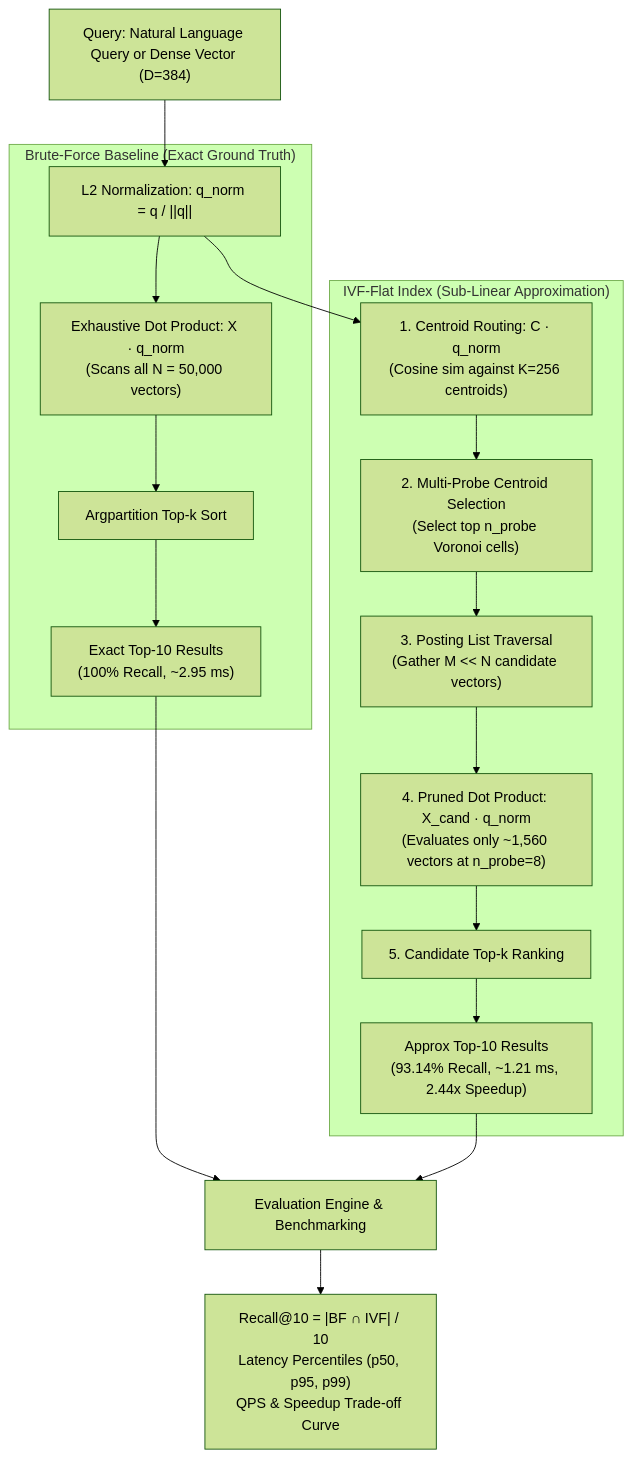
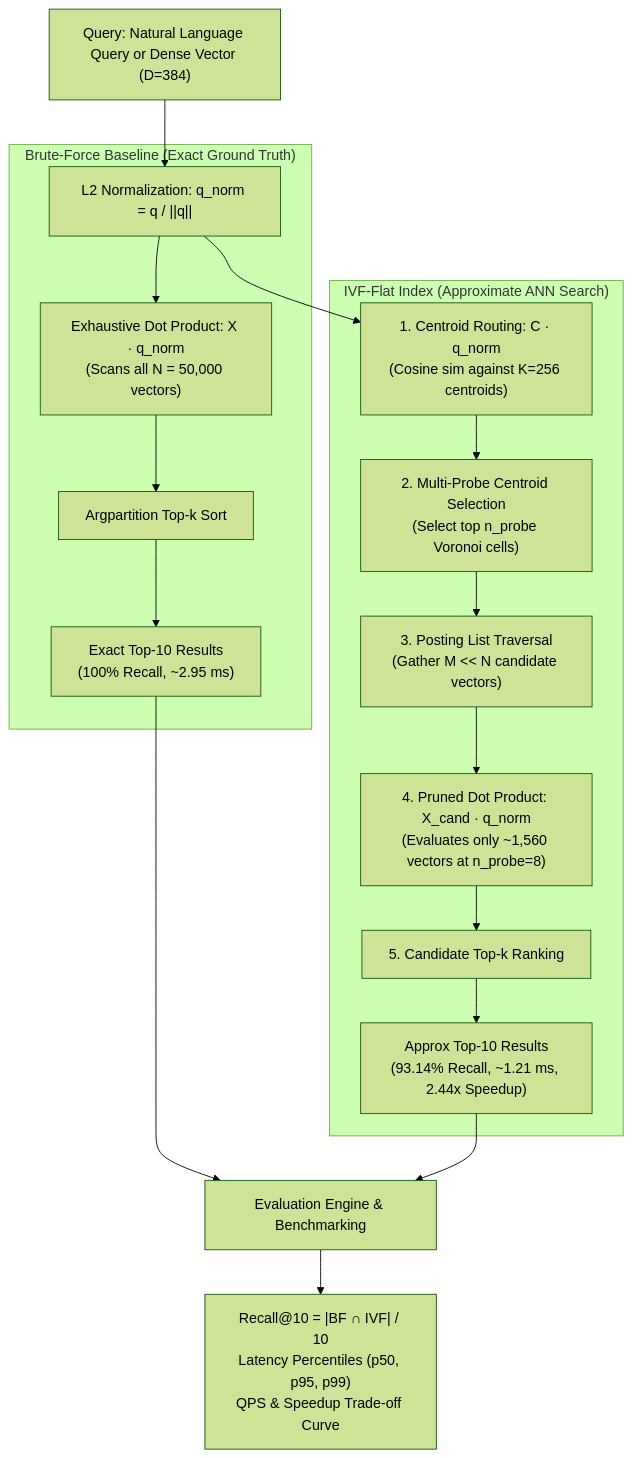
One commit to aastha-jain76/VectorDB changed the diagram in README.md. Above: the diagram before and after it, drawn with Mermaid (forest theme). The commit also changed other lines of this file and 1 other file, not shown here.

````diff
--- a/README.md
+++ b/README.md
@@ -36,23 +36,23 @@
 ```mermaid
 flowchart TD
     Q["Query: Natural Language Query or Dense Vector (D=384)"] --> N["L2 Normalization: q_norm = q / ||q||"]
     
     subgraph BF["Brute-Force Baseline (Exact Ground Truth)"]
         N --> BF_MATMUL["Exhaustive Dot Product: X · q_norm<br/>(Scans all N = 50,000 vectors)"]
         BF_MATMUL --> BF_SORT["Argpartition Top-k Sort"]
         BF_SORT --> BF_RES["Exact Top-10 Results<br/>(100% Recall, ~2.95 ms)"]
     end
     
-    subgraph IVF["IVF-Flat Index (Sub-Linear Approximation)"]
+    subgraph IVF["IVF-Flat Index (Approximate ANN Search)"]
         N --> IVF_ROUTING["1. Centroid Routing: C · q_norm<br/>(Cosine sim against K=256 centroids)"]
         IVF_ROUTING --> IVF_PROBE["2. Multi-Probe Centroid Selection<br/>(Select top n_probe Voronoi cells)"]
         IVF_PROBE --> IVF_POSTING["3. Posting List Traversal<br/>(Gather M << N candidate vectors)"]
         IVF_POSTING --> IVF_PRUNED["4. Pruned Dot Product: X_cand · q_norm<br/>(Evaluates only ~1,560 vectors at n_probe=8)"]
         IVF_PRUNED --> IVF_SORT["5. Candidate Top-k Ranking"]
         IVF_SORT --> IVF_RES["Approx Top-10 Results<br/>(93.14% Recall, ~1.21 ms, 2.44x Speedup)"]
     end
     
     BF_RES --> EVAL["Evaluation Engine & Benchmarking"]
     IVF_RES --> EVAL
     EVAL --> METRICS["Recall@10 = |BF ∩ IVF| / 10<br/>Latency Percentiles (p50, p95, p99)<br/>QPS & Speedup Trade-off Curve"]
 ```
````
